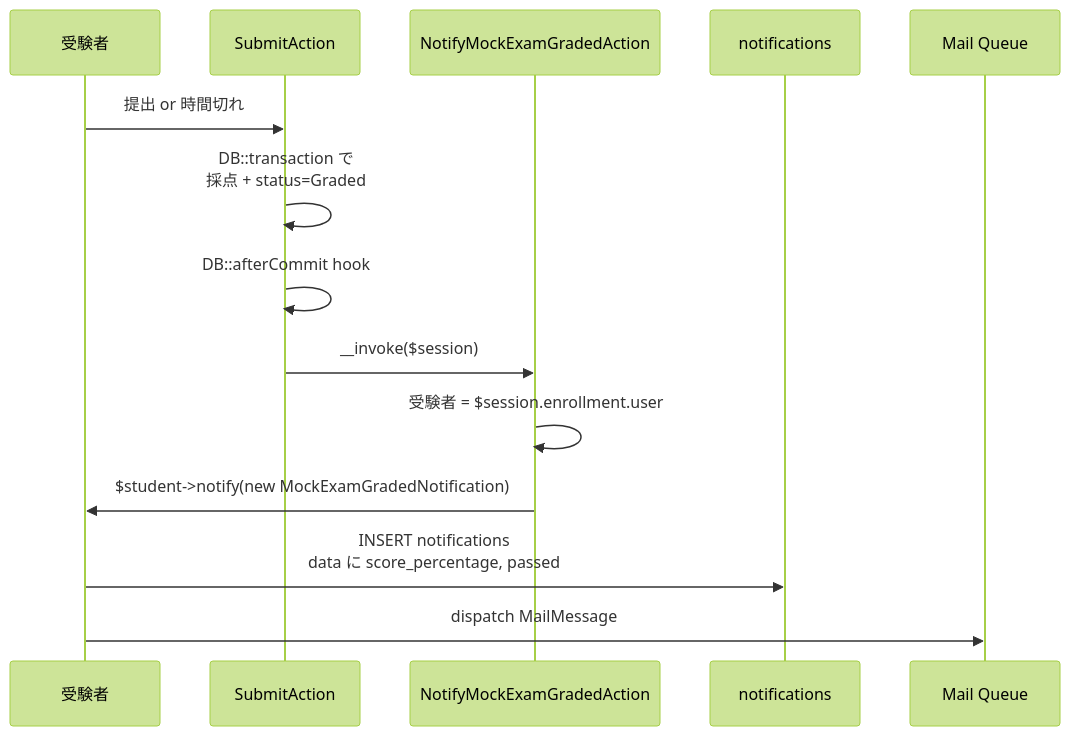
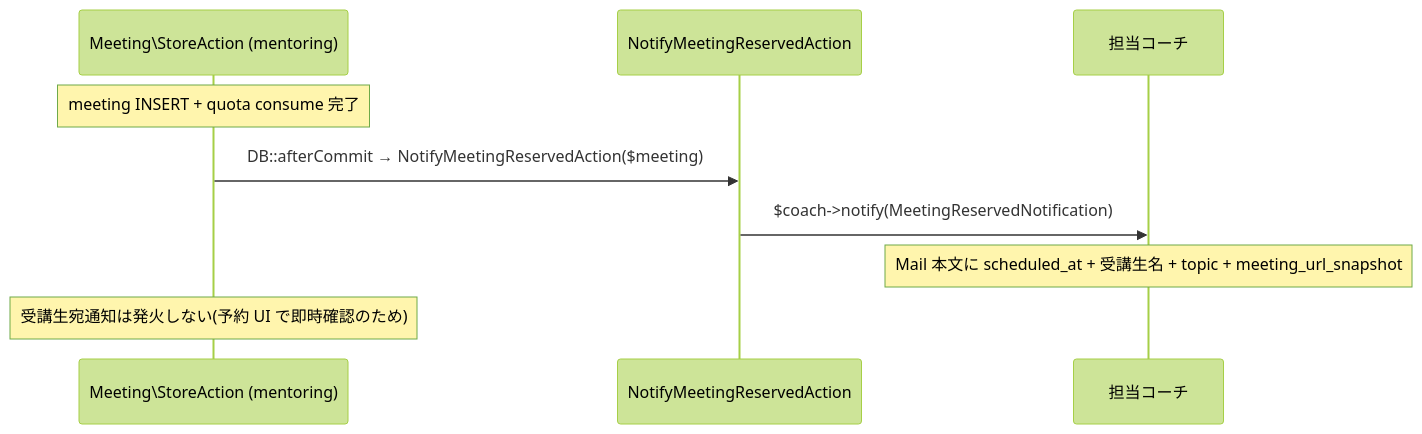
Before and after one commit to coachtech-mockcase-second/ExampleAnswer-mockcase-CertifyLMS: the fourth of 4 diagrams in docs/specs/notification/design.md, drawn with Mermaid (forest theme). The commit also changed other lines of this file and 67 other files, not shown here.

````diff
--- a/docs/specs/notification/design.md
+++ b/docs/specs/notification/design.md
@@ -111,17 +126,12 @@
 ```mermaid
 sequenceDiagram
-    participant Student as 受験者
-    participant SubA as SubmitAction
-    participant NotifyA as NotifyMockExamGradedAction
-    participant DB as notifications
-    participant Mail as Mail Queue
+    participant RMA as Meeting\StoreAction (mentoring)
+    participant Notif as NotifyMeetingReservedAction
+    participant Coach as 担当コーチ
 
-    Student->>SubA: 提出 or 時間切れ
-    SubA->>SubA: DB::transaction で<br/>採点 + status=Graded
-    SubA->>SubA: DB::afterCommit hook
-    SubA->>NotifyA: __invoke($session)
-    NotifyA->>NotifyA: 受験者 = $session.enrollment.user
-    NotifyA->>Student: $student->notify(new MockExamGradedNotification)
-    Student->>DB: INSERT notifications<br/>data に score_percentage, passed
-    Student->>Mail: dispatch MailMessage
+    Note over RMA: meeting INSERT + quota consume 完了
+    RMA->>Notif: DB::afterCommit → NotifyMeetingReservedAction($meeting)
+    Notif->>Coach: $coach->notify(MeetingReservedNotification)
+    Note over Coach: Mail 本文に scheduled_at + 受講生名 + topic + meeting_url_snapshot
+    Note over RMA: 受講生宛通知は発火しない(予約 UI で即時確認のため)
 ```
````
